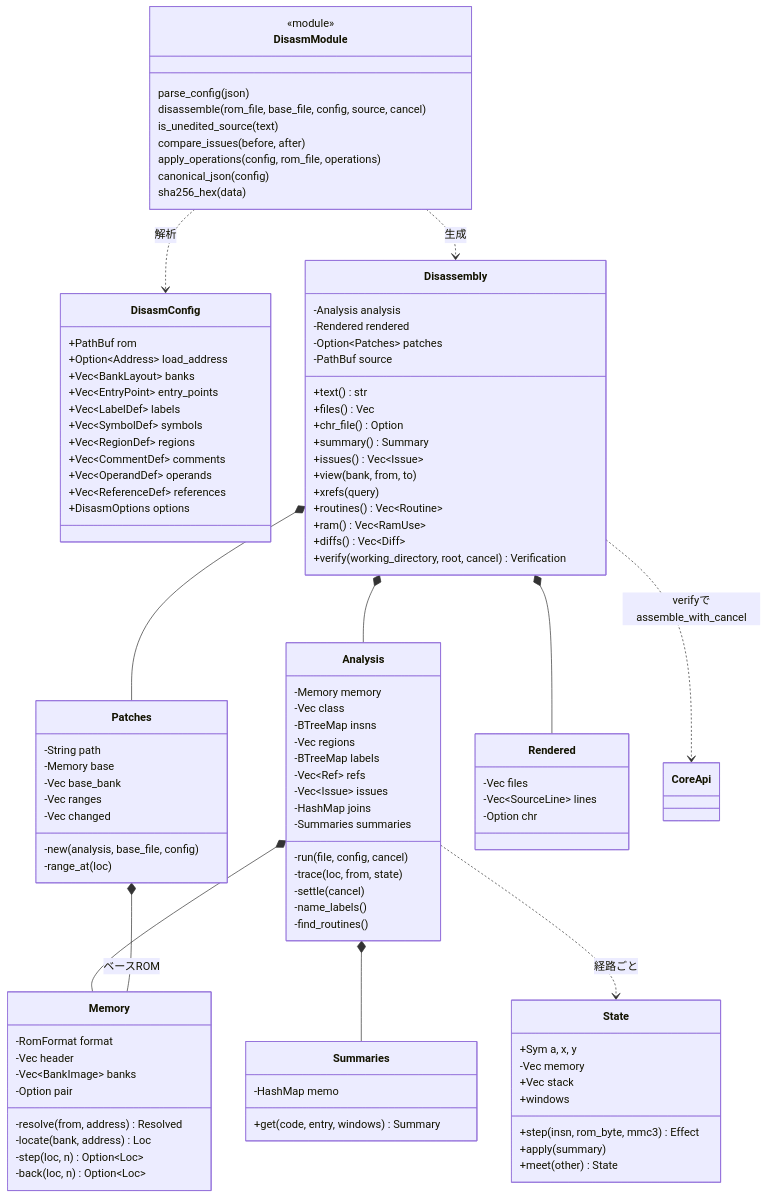
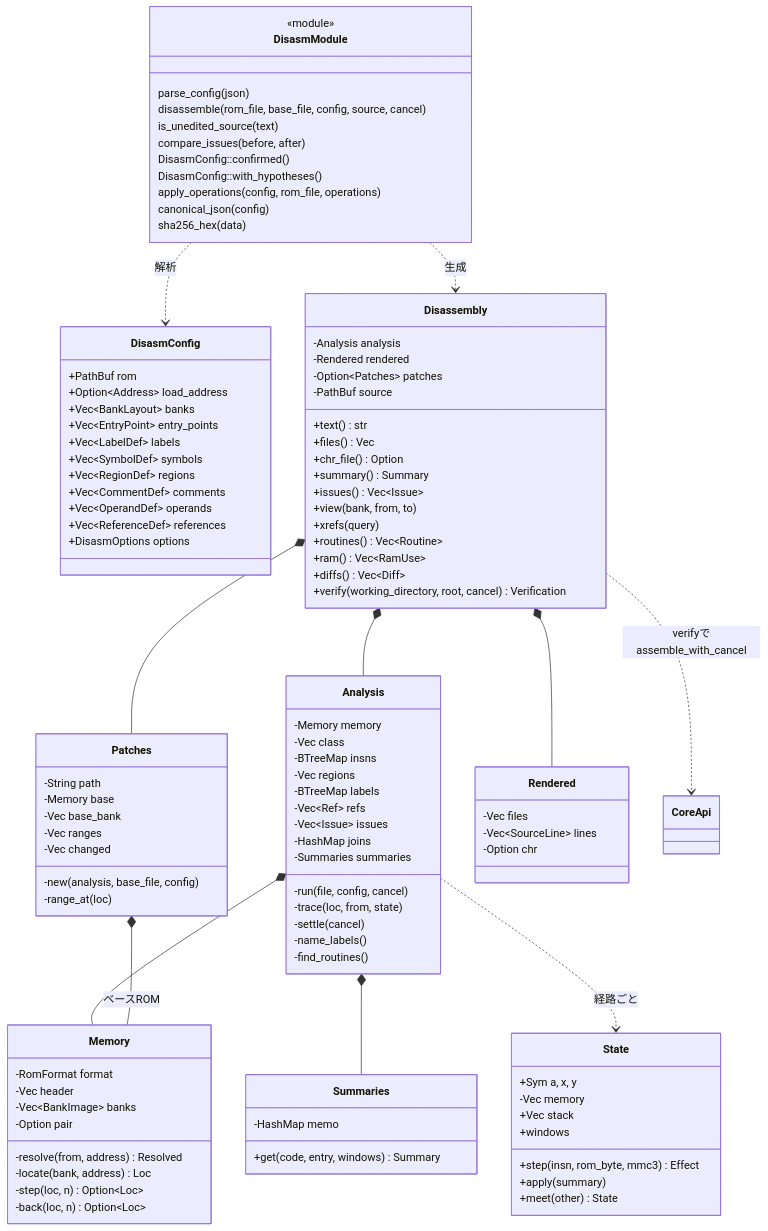
One commit to rock5easily/NesAsmRs changed the seventh of 7 diagrams in docs/rust-uml.md. Above: the diagram before and after it, drawn with Mermaid. The commit also changed 11 other files, not shown here.

```diff
--- a/docs/rust-uml.md
+++ b/docs/rust-uml.md
@@ -732,6 +732,8 @@
         disassemble(rom_file, base_file, config, source, cancel)
         is_unedited_source(text)
         compare_issues(before, after)
+        DisasmConfig::confirmed()
+        DisasmConfig::with_hypotheses()
         apply_operations(config, rom_file, operations)
         canonical_json(config)
         sha256_hex(data)
```
